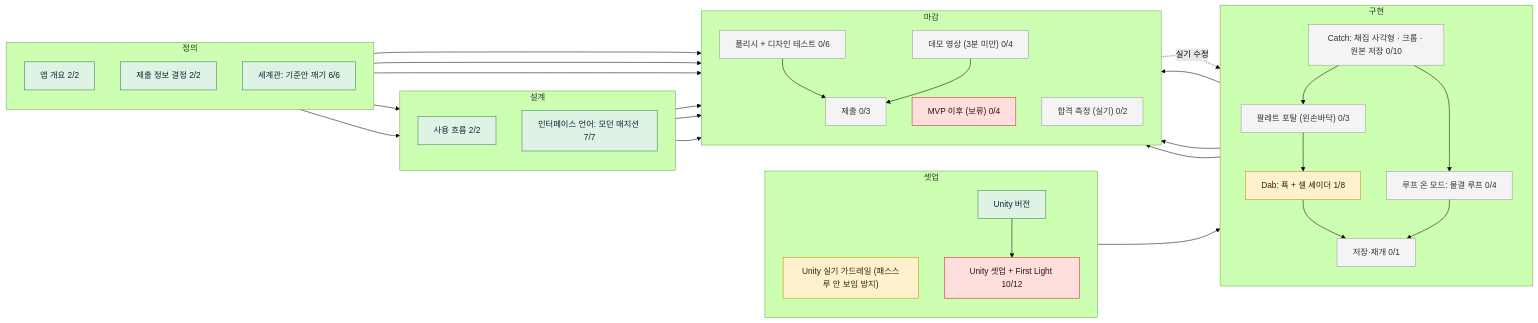
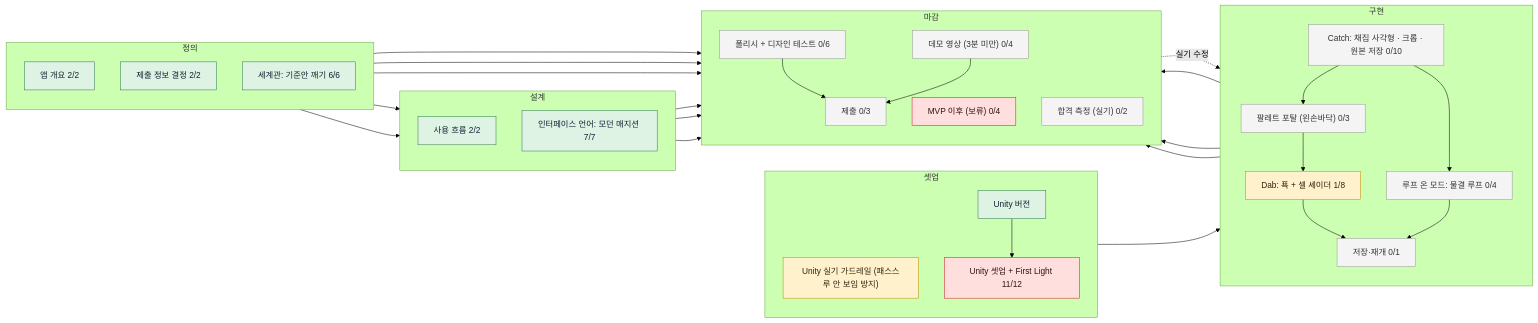
Before and after one commit to reality404studio/meta-mr-picker: the diagram in board/BOARD.md, drawn with Mermaid (forest theme). The commit also changed other lines of this file and 13 other files, not shown here.

````diff
--- a/board/BOARD.md
+++ b/board/BOARD.md
@@ -18,63 +17,63 @@
 ```mermaid
 flowchart LR
   subgraph s_define["정의"]
     direction TB
     brief["앱 개요 2/2"]:::done
     submit_meta["제출 정보 결정 2/2"]:::done
     world["세계관: 기준안 깨기 6/6"]:::done
   end
   subgraph s_design["설계"]
     direction TB
     usage_flow["사용 흐름 2/2"]:::done
     interface["인터페이스 언어: 모던 매지션 7/7"]:::done
   end
   subgraph s_prototype["셋업"]
     direction TB
     use_unity_guardrails["Unity 실기 가드레일 (패스스루 안 보임 방지)"]:::doing
     use_unity_version["Unity 버전"]:::done
-    setup["Unity 셋업 + First Light 10/12"]:::blocked
+    setup["Unity 셋업 + First Light 11/12"]:::blocked
   end
   subgraph s_build["구현"]
     direction TB
     catch["Catch: 채집 사각형 · 크롭 · 원본 저장 0/10"]:::todo
     loop["루프 온 모드: 물결 루프 0/4"]:::todo
     portal["팔레트 포탈 (왼손바닥) 0/3"]:::todo
     dab["Dab: 푝 + 셀 셰이더 1/8"]:::doing
     export["저장·재개 0/1"]:::todo
   end
   subgraph s_review["마감"]
     direction TB
     polish["폴리시 + 디자인 테스트 0/6"]:::todo
     demo_video["데모 영상 (3분 미만) 0/4"]:::todo
     submit["제출 0/3"]:::todo
     post_mvp["MVP 이후 (보류) 0/4"]:::blocked
     acceptance["합격 측정 (실기) 0/2"]:::todo
   end
   brief --> usage_flow
   use_unity_version --> setup
   setup --> catch
   catch --> loop
   catch --> portal
   portal --> dab
   dab --> export
   loop --> export
   export --> polish
   usage_flow --> polish
   catch --> demo_video
   polish --> submit
   demo_video --> submit
   submit_meta --> submit
   polish -.->|실기 수정| dab
   world --> demo_video
   world --> polish
   world --> interface
   interface --> polish
   interface --> demo_video
   dab --> acceptance
   classDef done fill:#dff3e4,stroke:#2e7d4f,color:#123
   classDef doing fill:#fff1cc,stroke:#c28a00,color:#321
   classDef review fill:#ece4ff,stroke:#6a4fc2,color:#213
   classDef proof fill:#dceaff,stroke:#3f7fd6,color:#123
   classDef todo fill:#f4f4f4,stroke:#999,color:#333
   classDef blocked fill:#ffdede,stroke:#c22,color:#311
 ```
````
